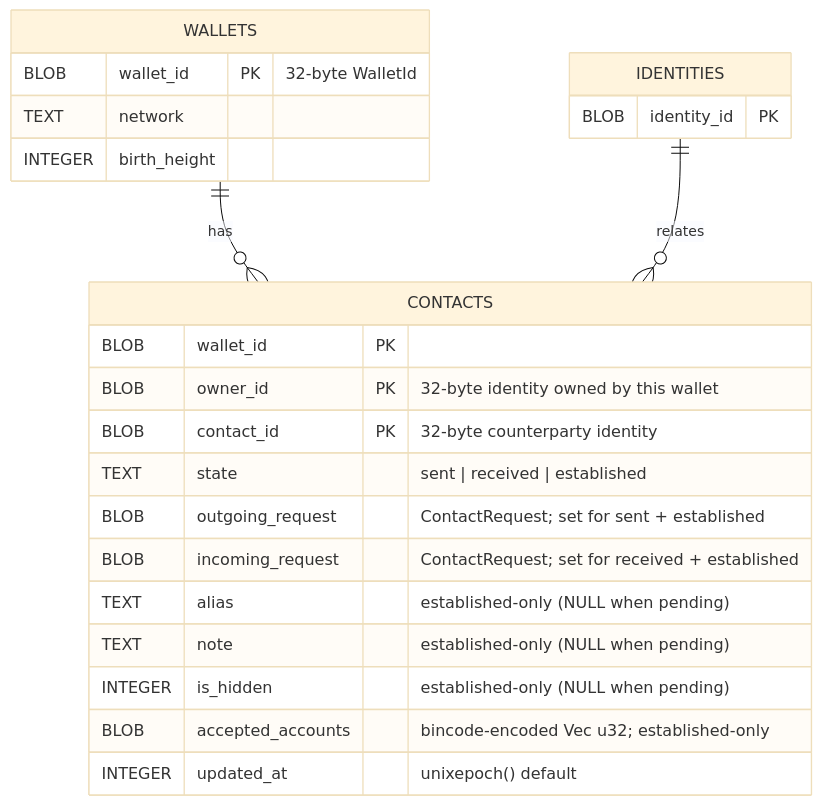
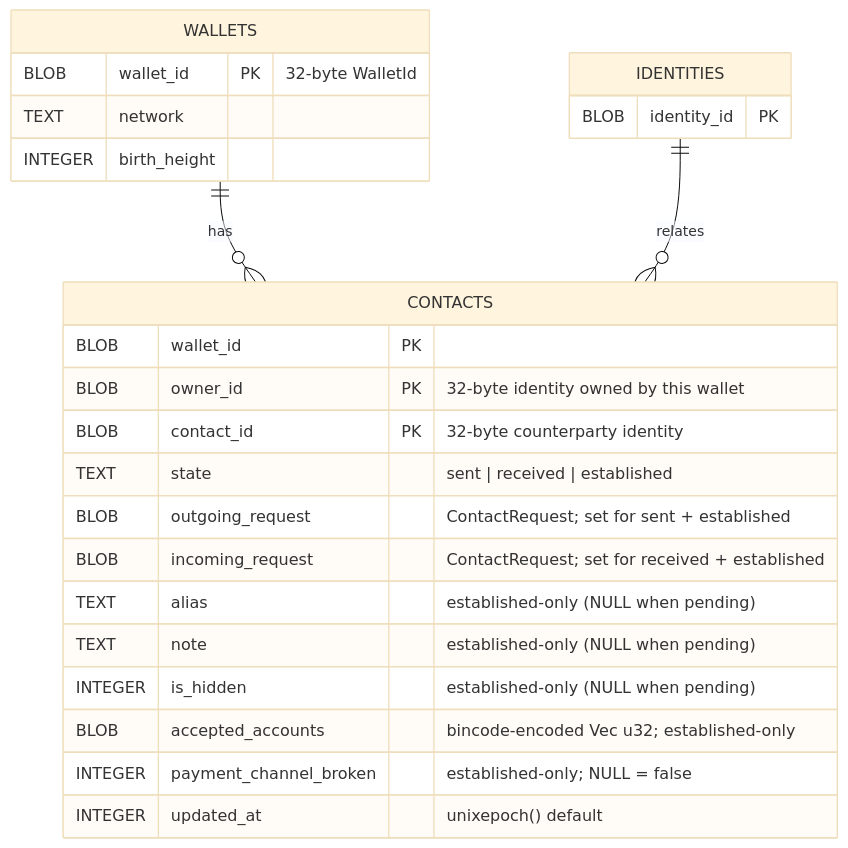
Before and after one commit to dashpay/platform: the third of 5 diagrams in packages/rs-platform-wallet-storage/SCHEMA.md, drawn with Mermaid (base theme). The commit also changed other lines of this file and 5 other files, not shown here.

First line of the commit message:
docs(platform-wallet-storage): correct SCHEMA/SECRETS/README against the code

````diff
--- a/packages/rs-platform-wallet-storage/SCHEMA.md
+++ b/packages/rs-platform-wallet-storage/SCHEMA.md
@@ -160,29 +161,30 @@
 ```mermaid
 erDiagram
     WALLETS ||--o{ CONTACTS : "has"
     IDENTITIES ||--o{ CONTACTS : "relates"
 
     WALLETS {
         BLOB wallet_id PK "32-byte WalletId"
         TEXT network
         INTEGER birth_height
     }
 
     IDENTITIES {
         BLOB identity_id PK
     }
 
     CONTACTS {
         BLOB wallet_id PK
         BLOB owner_id PK "32-byte identity owned by this wallet"
         BLOB contact_id PK "32-byte counterparty identity"
         TEXT state "sent | received | established"
         BLOB outgoing_request "ContactRequest; set for sent + established"
         BLOB incoming_request "ContactRequest; set for received + established"
         TEXT alias "established-only (NULL when pending)"
         TEXT note "established-only (NULL when pending)"
         INTEGER is_hidden "established-only (NULL when pending)"
         BLOB accepted_accounts "bincode-encoded Vec u32; established-only"
+        INTEGER payment_channel_broken "established-only; NULL = false"
         INTEGER updated_at "unixepoch() default"
     }
 ```
````
